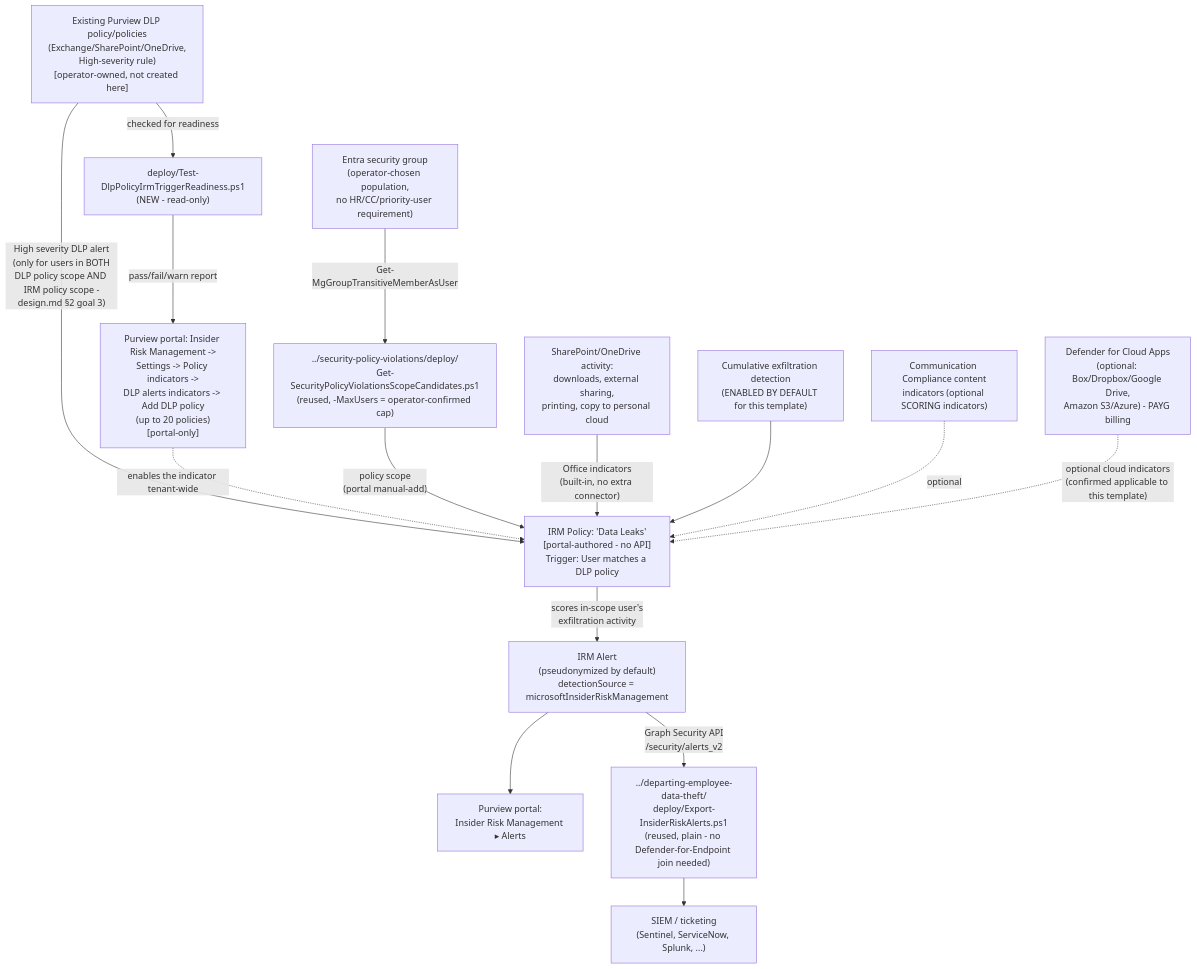
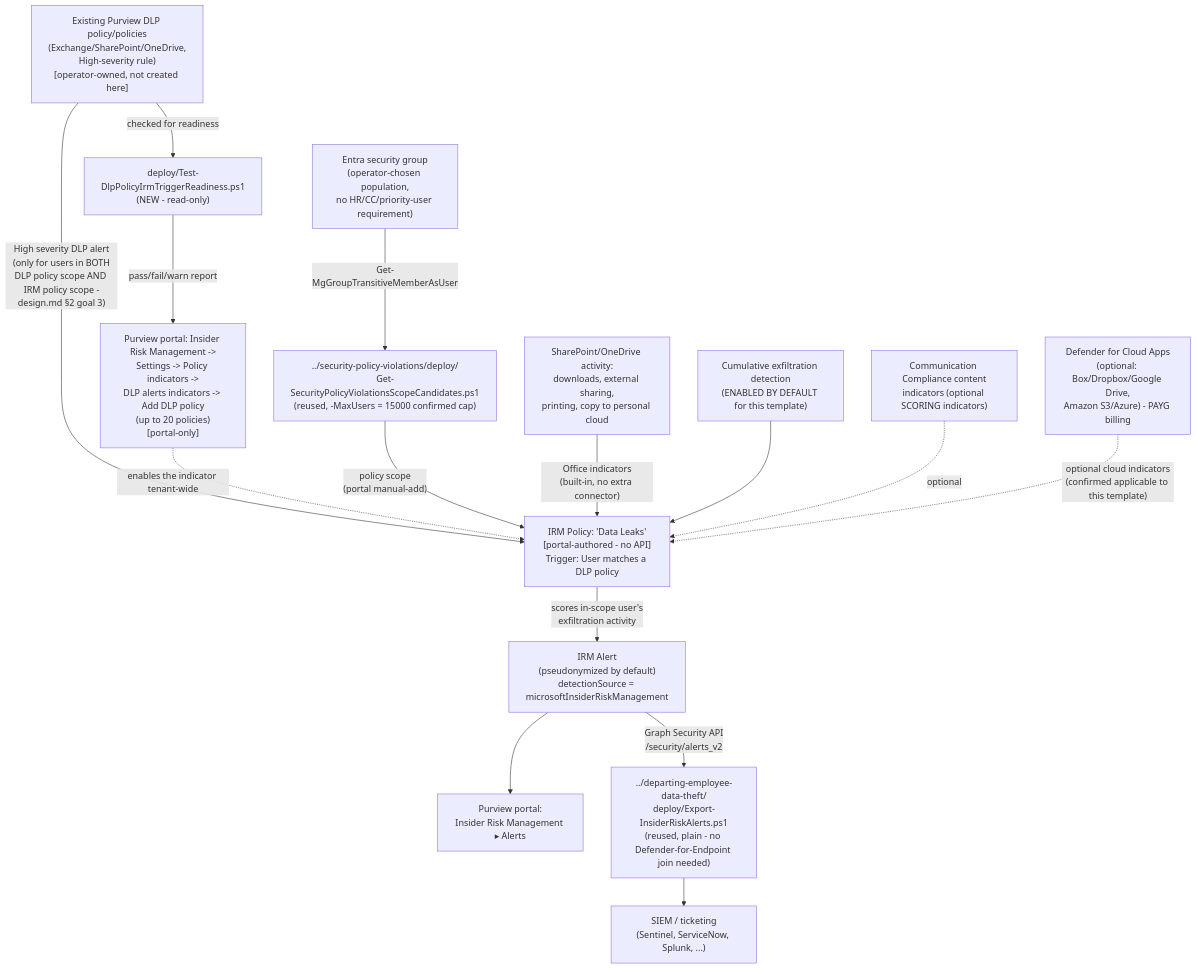
The diagram in scenarios/insider-risk/data-leaks/README.md (kpsec1/purview-scenario-library), drawn with Mermaid before and after one commit. The commit also changed other lines of this file and 5 other files, not shown here.

````diff
--- a/scenarios/insider-risk/data-leaks/README.md
+++ b/scenarios/insider-risk/data-leaks/README.md
@@ -76,17 +76,17 @@
 ```mermaid
 flowchart TD
     DlpPolicy["Existing Purview DLP policy/policies\n(Exchange/SharePoint/OneDrive,\nHigh-severity rule)\n[operator-owned, not created here]"] -->|"checked for readiness"| ReadyScript["deploy/Test-DlpPolicyIrmTriggerReadiness.ps1\n(NEW - read-only)"]
     ReadyScript -->|"pass/fail/warn report"| GlobalInd["Purview portal: Insider Risk Management ->\nSettings -> Policy indicators ->\nDLP alerts indicators -> Add DLP policy\n(up to 20 policies)\n[portal-only]"]
     DlpPolicy -->|"High severity DLP alert\n(only for users in BOTH\nDLP policy scope AND IRM policy scope -\ndesign.md §2 goal 3)"| Policy["IRM Policy: 'Data Leaks'\n[portal-authored - no API]\nTrigger: User matches a DLP policy"]
     GlobalInd -.->|enables the indicator tenant-wide| Policy
-    Group["Entra security group\n(operator-chosen population,\nno HR/CC/priority-user requirement)"] -->|"Get-MgGroupTransitiveMemberAsUser"| ScopeScript["../security-policy-violations/deploy/\nGet-SecurityPolicyViolationsScopeCandidates.ps1\n(reused, -MaxUsers = operator-confirmed cap)"]
+    Group["Entra security group\n(operator-chosen population,\nno HR/CC/priority-user requirement)"] -->|"Get-MgGroupTransitiveMemberAsUser"| ScopeScript["../security-policy-violations/deploy/\nGet-SecurityPolicyViolationsScopeCandidates.ps1\n(reused, -MaxUsers = 15000 confirmed cap)"]
     ScopeScript -->|"policy scope\n(portal manual-add)"| Policy
     OfficeAct["SharePoint/OneDrive activity:\ndownloads, external sharing,\nprinting, copy to personal cloud"] -->|"Office indicators\n(built-in, no extra connector)"| Policy
     CumExfil["Cumulative exfiltration detection\n(ENABLED BY DEFAULT for this template)"] --> Policy
     CCScoring["Communication Compliance content\nindicators (optional SCORING indicators)"] -.->|optional| Policy
     CloudApps["Defender for Cloud Apps\n(optional: Box/Dropbox/Google Drive,\nAmazon S3/Azure) - PAYG billing"] -.->|"optional cloud indicators\n(confirmed applicable to this template)"| Policy
     Policy -->|"scores in-scope user's\nexfiltration activity"| Alert["IRM Alert\n(pseudonymized by default)\ndetectionSource = microsoftInsiderRiskManagement"]
     Alert --> Dashboard["Purview portal:\nInsider Risk Management ▸ Alerts"]
     Alert -->|"Graph Security API\n/security/alerts_v2"| Export["../departing-employee-data-theft/\ndeploy/Export-InsiderRiskAlerts.ps1\n(reused, plain - no Defender-for-Endpoint join needed)"]
     Export --> SIEM["SIEM / ticketing\n(Sentinel, ServiceNow, Splunk, ...)"]
 ```
````
